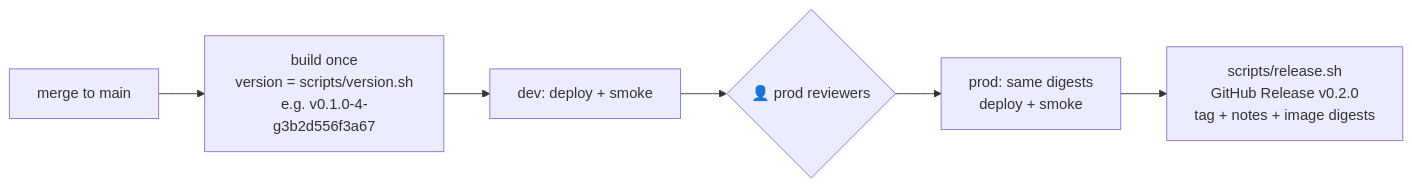
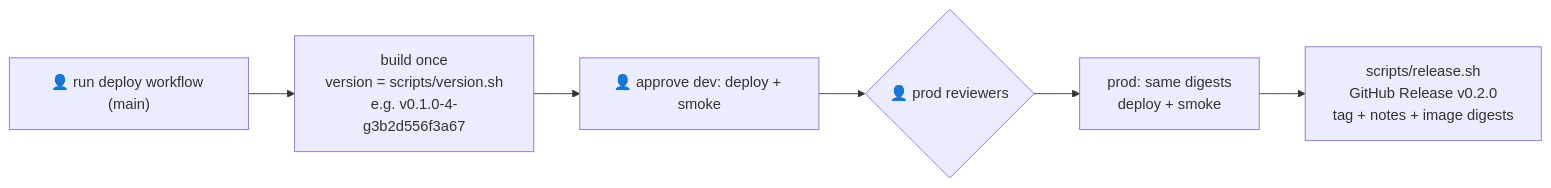
Before and after one commit to perspectivism/url-shortener-ecs-fargate: the diagram in docs/adr/0026-release-versioning-with-tags.md, drawn with Mermaid. The commit also changed other lines of this file and 13 other files, not shown here.

````diff
--- a/docs/adr/0026-release-versioning-with-tags.md
+++ b/docs/adr/0026-release-versioning-with-tags.md
@@ -36,8 +35,8 @@
 ```mermaid
 flowchart LR
-    merge["merge to main"] --> build["build once<br/>version = scripts/version.sh<br/>e.g. v0.1.0-4-g3b2d556f3a67"]
-    build --> dev["dev: deploy + smoke"]
+    run["👤 run deploy workflow (main)"] --> build["build once<br/>version = scripts/version.sh<br/>e.g. v0.1.0-4-g3b2d556f3a67"]
+    build --> dev["👤 approve dev: deploy + smoke"]
     dev --> approve{"👤 prod reviewers"}
     approve --> prod["prod: same digests<br/>deploy + smoke"]
     prod --> rel["scripts/release.sh<br/>GitHub Release v0.2.0<br/>tag + notes + image digests"]
 ```
````
